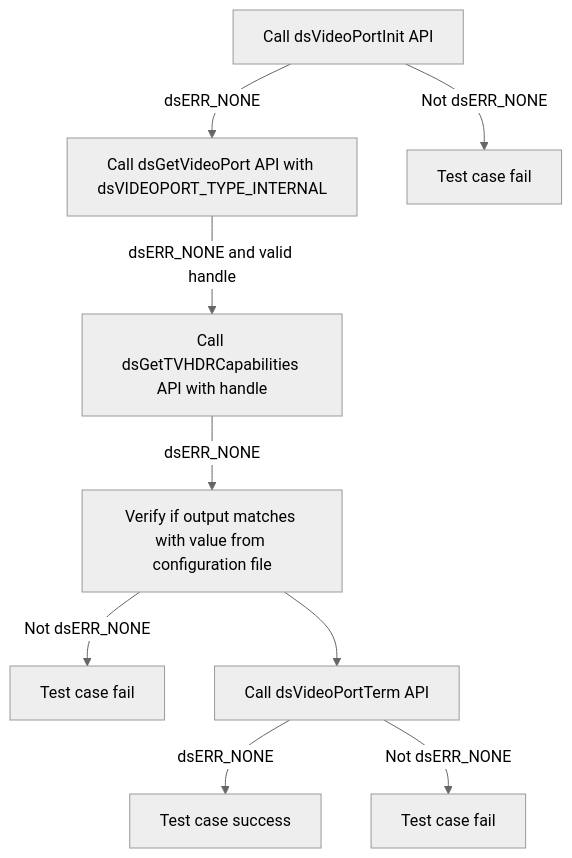
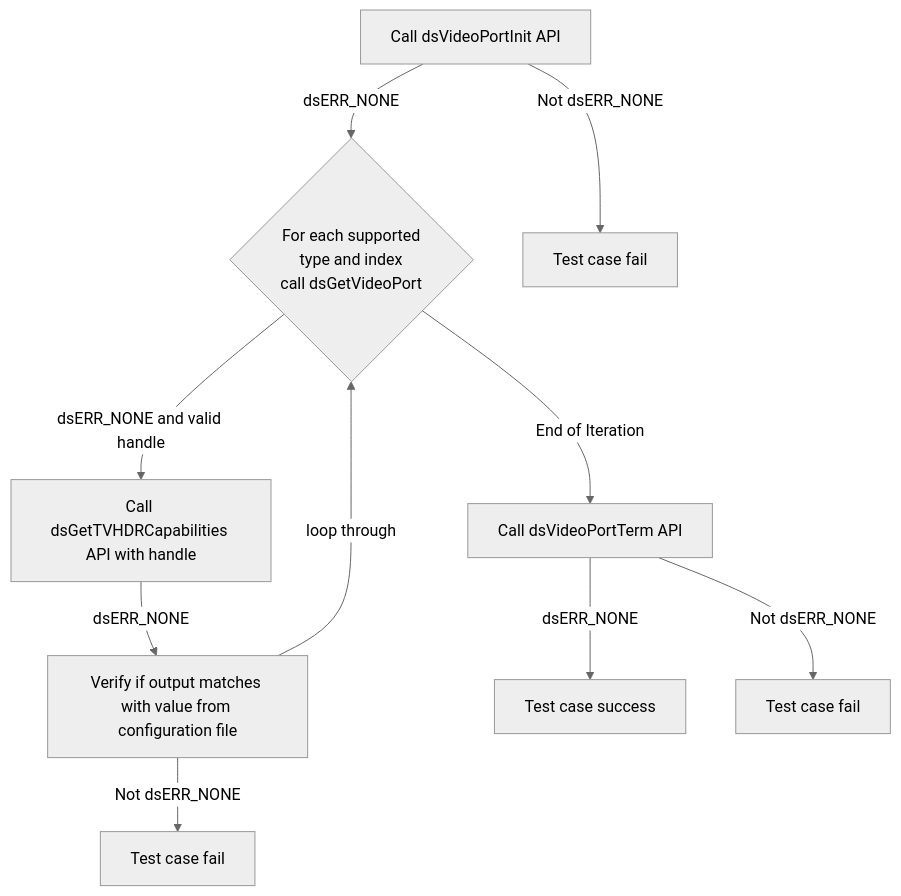
Before and after one commit to rdkcentral/rdk-halif-test-device_settings: the sixth of 15 diagrams in docs/pages/ds-video-port_L2_Low-Level_TestSpecification.md, drawn with Mermaid (neutral theme). The commit also changed other lines of this file and 13 other files, not shown here.

````diff
--- a/docs/pages/ds-video-port_L2_Low-Level_TestSpecification.md
+++ b/docs/pages/ds-video-port_L2_Low-Level_TestSpecification.md
@@ -288,11 +287,12 @@
 ```mermaid
 graph TB
-    A[Call dsVideoPortInit API] -->|dsERR_NONE|B[Call dsGetVideoPort API with dsVIDEOPORT_TYPE_INTERNAL]
+    A[Call dsVideoPortInit API] -->|dsERR_NONE|B{For each supported<br> type and index <br> call dsGetVideoPort}
     A -->|Not dsERR_NONE|A1[Test case fail]
     B -->|dsERR_NONE and valid handle|C[Call dsGetTVHDRCapabilities API with handle]
     C -->|dsERR_NONE|D[Verify if output matches with value from configuration file]
     D -->|Not dsERR_NONE|A2[Test case fail]
-    D --> E[Call dsVideoPortTerm API]
+    D -->|loop through | B
+    B -->|End of Iteration| E[Call dsVideoPortTerm API]
     E -->|dsERR_NONE|F[Test case success]
     E -->|Not dsERR_NONE|E1[Test case fail]
 ```
````
